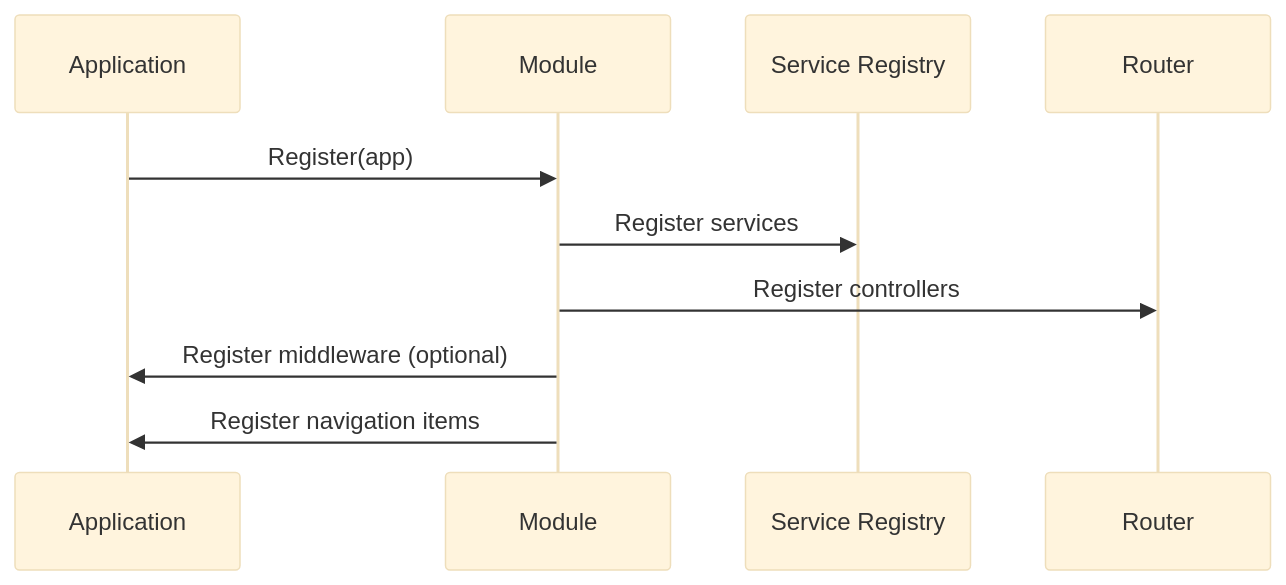
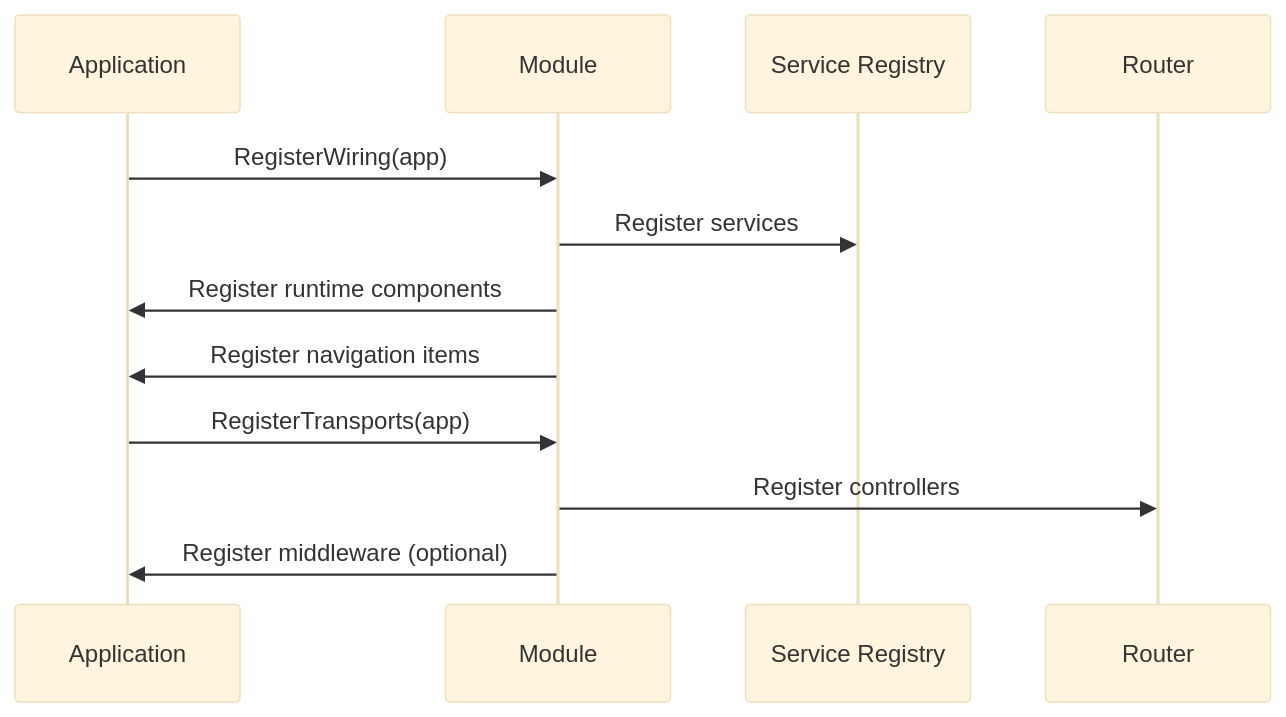
Before and after one commit to iota-uz/iota-sdk: the second of 13 diagrams in docs/content/architecture/module-system.mdx, drawn with Mermaid (base theme). The commit also changed other lines of this file and 36 other files, not shown here.

Commit message:
refactor: decouple wiring from runtime startup

````diff
--- a/docs/content/architecture/module-system.mdx
+++ b/docs/content/architecture/module-system.mdx
@@ -27,13 +28,15 @@
 ```mermaid
 sequenceDiagram
     participant App as Application
     participant Mod as Module
     participant Registry as Service Registry
     participant Router as Router
     
-    App->>Mod: Register(app)
+    App->>Mod: RegisterWiring(app)
     Mod->>Registry: Register services
+    Mod->>App: Register runtime components
+    Mod->>App: Register navigation items
+    App->>Mod: RegisterTransports(app)
     Mod->>Router: Register controllers
     Mod->>App: Register middleware (optional)
-    Mod->>App: Register navigation items
 ```
````
